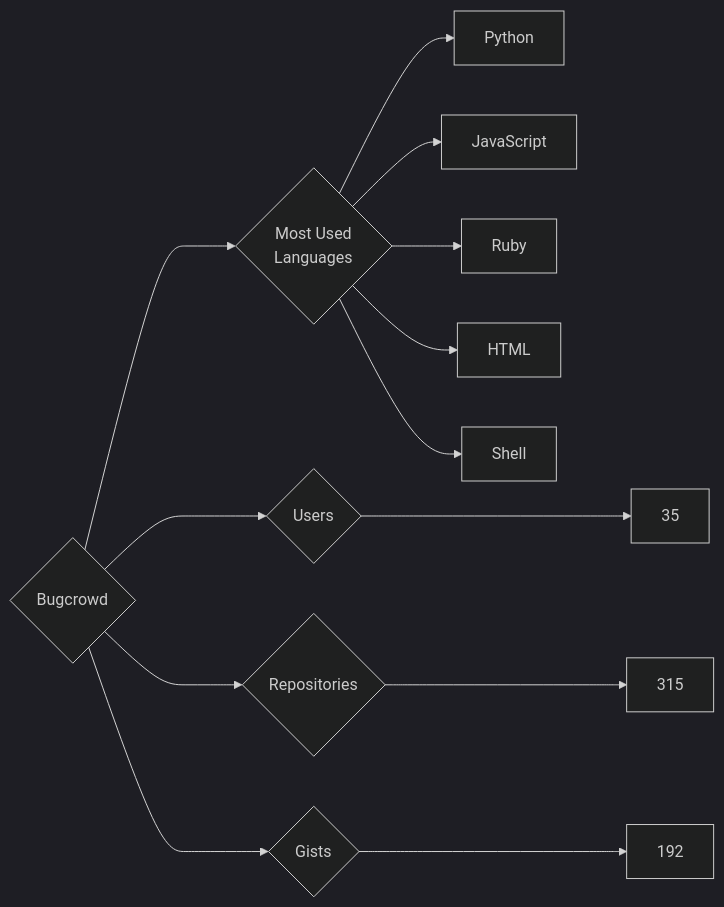
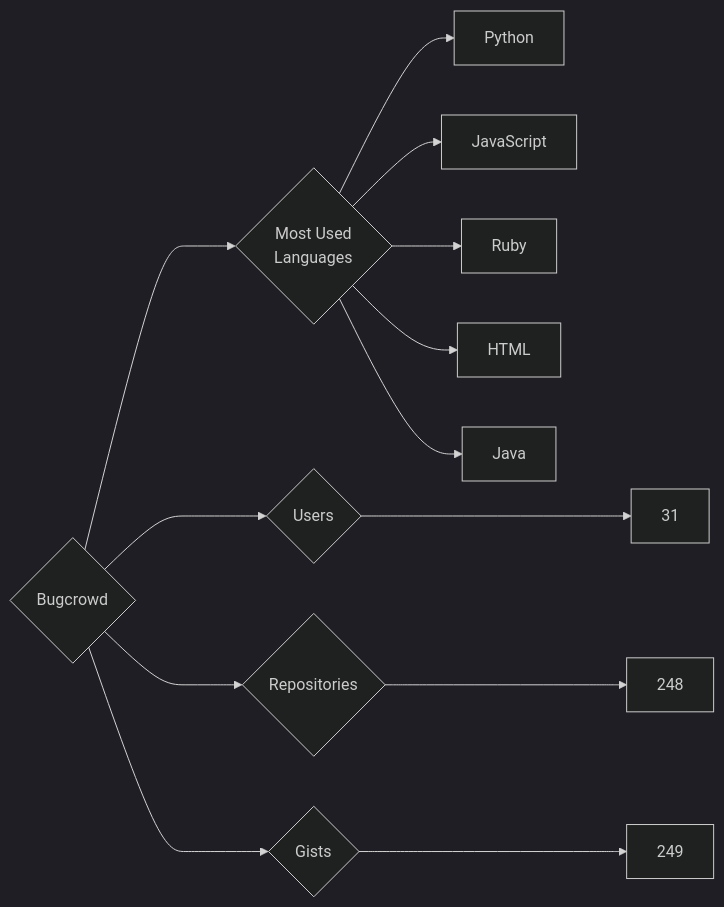
Before and after one commit to trickest/insiders: the diagram in targets/Bugcrowd/README.md, drawn with Mermaid (dark theme). The commit also changed 721 other files, not shown here.

````diff
--- a/targets/Bugcrowd/README.md
+++ b/targets/Bugcrowd/README.md
@@ -3,13 +3,13 @@
 ```mermaid
 graph LR
 COMPANY_NAME{Bugcrowd}
-COMPANY_NAME ---> U{Users} ---> UN[35]
-COMPANY_NAME ---> R{Repositories} ---> RN[315]
-COMPANY_NAME ---> G{Gists} ---> GN[192]
+COMPANY_NAME ---> U{Users} ---> UN[31]
+COMPANY_NAME ---> R{Repositories} ---> RN[248]
+COMPANY_NAME ---> G{Gists} ---> GN[249]
 COMPANY_NAME ---> ML{Most Used<br>Languages}
 ML --> Python[Python]
 ML --> JavaScript[JavaScript]
 ML --> Ruby[Ruby]
 ML --> HTML[HTML]
-ML --> Shell[Shell]
+ML --> Java[Java]
 ```
````
